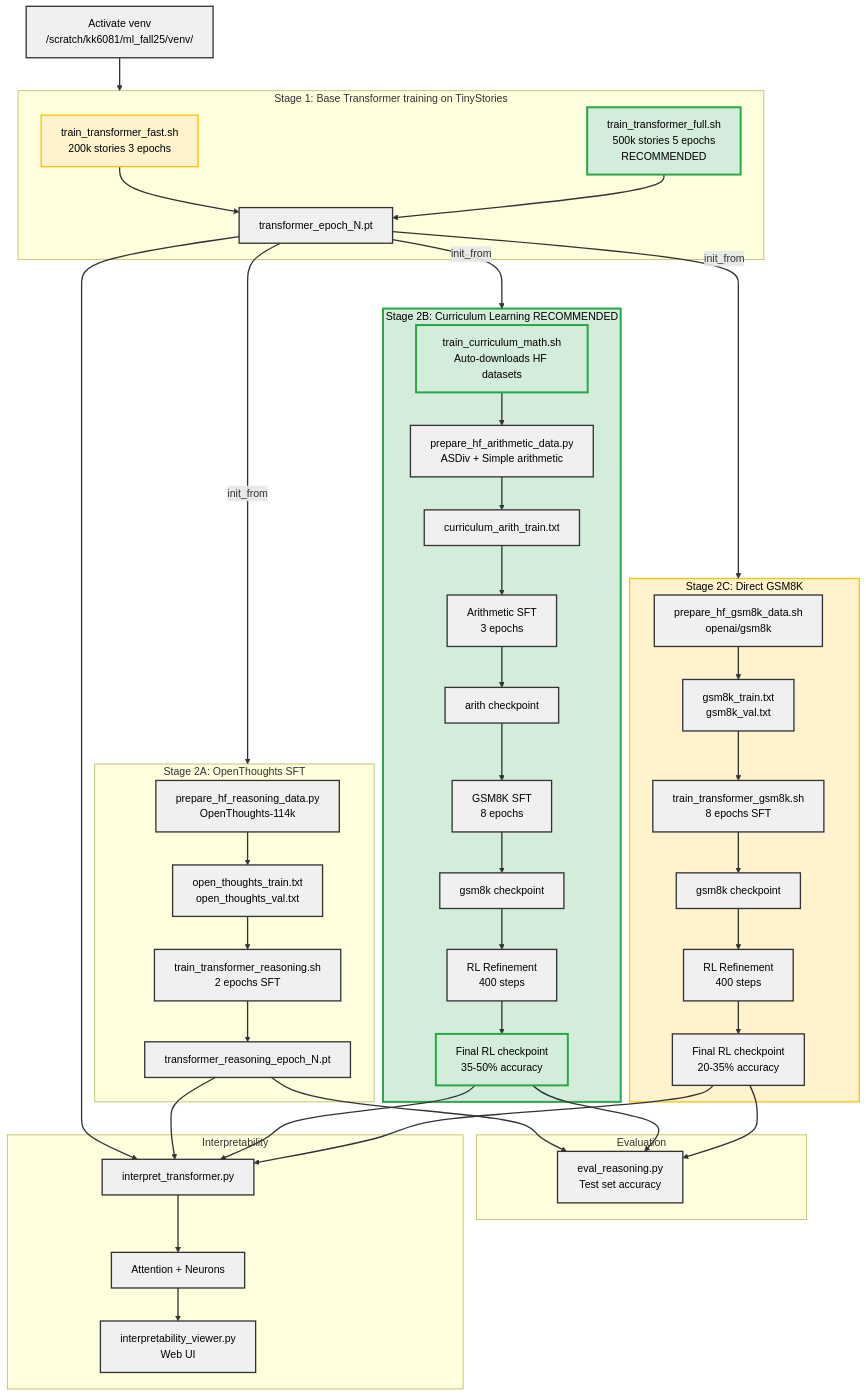
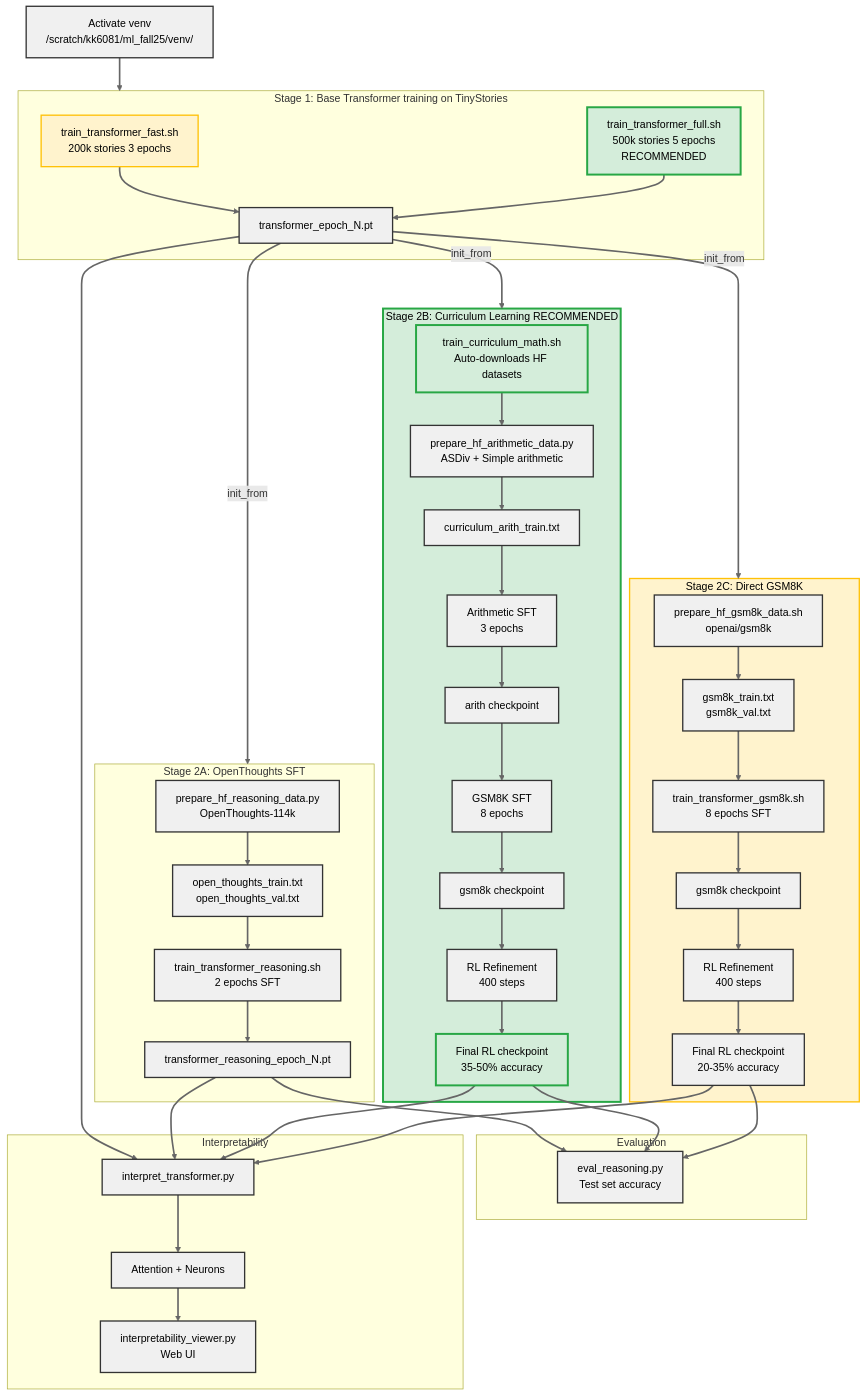
Before and after one commit to FruitPnchSamuraiG/pico-llm: the diagram in README.md, drawn with Mermaid.

````diff
--- a/README.md
+++ b/README.md
@@ -10,69 +10,69 @@
 ```mermaid
 flowchart TD
   VENV[Activate venv<br/>/scratch/kk6081/ml_fall25/venv/] --> BASE
 
   subgraph BASE["Stage 1: Base Transformer training on TinyStories"]
     TFAST[train_transformer_fast.sh<br/>200k stories 3 epochs]
     TFULL[train_transformer_full.sh<br/>500k stories 5 epochs<br/>RECOMMENDED]
     TFAST --> CKPT1[transformer_epoch_N.pt]
     TFULL --> CKPT1
   end
 
   CKPT1 -->|init_from| OT
   CKPT1 -->|init_from| CURR
   CKPT1 -->|init_from| GSM
 
   subgraph OT["Stage 2A: OpenThoughts SFT"]
     OTDATA[prepare_hf_reasoning_data.py<br/>OpenThoughts-114k] --> OTFILES[open_thoughts_train.txt<br/>open_thoughts_val.txt]
     OTFILES --> OTSFT[train_transformer_reasoning.sh<br/>2 epochs SFT]
     OTSFT --> OTCKPT[transformer_reasoning_epoch_N.pt]
   end
 
   subgraph CURR["Stage 2B: Curriculum Learning RECOMMENDED"]
     CURRSTART[train_curriculum_math.sh<br/>Auto-downloads HF datasets]
     CURRSTART --> ARITHDATA[prepare_hf_arithmetic_data.py<br/>ASDiv + Simple arithmetic]
     ARITHDATA --> ARITHFILES[curriculum_arith_train.txt]
     ARITHFILES --> ARITHSFT[Arithmetic SFT<br/>3 epochs]
     ARITHSFT --> ARITHCKPT[arith checkpoint]
     ARITHCKPT --> CURRGSM[GSM8K SFT<br/>8 epochs]
     CURRGSM --> CURRGSMCKPT[gsm8k checkpoint]
     CURRGSMCKPT --> CURRRL[RL Refinement<br/>400 steps]
     CURRRL --> CURRCKPT[Final RL checkpoint<br/>35-50% accuracy]
   end
 
   subgraph GSM["Stage 2C: Direct GSM8K"]
     GSM_PREP[prepare_hf_gsm8k_data.sh<br/>openai/gsm8k] --> GSMFILES[gsm8k_train.txt<br/>gsm8k_val.txt]
     GSMFILES --> GSMSFT[train_transformer_gsm8k.sh<br/>8 epochs SFT]
     GSMSFT --> GSMCKPT[gsm8k checkpoint]
     GSMCKPT --> GSMRL[RL Refinement<br/>400 steps]
     GSMRL --> RLCKPT[Final RL checkpoint<br/>20-35% accuracy]
   end
 
   subgraph EVAL["Evaluation"]
     E1[eval_reasoning.py<br/>Test set accuracy]
   end
 
   OTCKPT --> E1
   CURRCKPT --> E1
   RLCKPT --> E1
 
   subgraph INTERP["Interpretability"]
     IT[interpret_transformer.py]
     IT --> IOUT[Attention + Neurons]
     IOUT --> VIEW[interpretability_viewer.py<br/>Web UI]
   end
 
   CKPT1 --> IT
   OTCKPT --> IT
   CURRCKPT --> IT
   RLCKPT --> IT
 
   classDef recommended fill:#d4edda,stroke:#28a745,stroke-width:3px,color:#000
   classDef warning fill:#fff3cd,stroke:#ffc107,stroke-width:2px,color:#000
   classDef default fill:#f0f0f0,stroke:#333,stroke-width:2px,color:#000
   
   class CURR,TFULL,CURRSTART,CURRCKPT recommended
   class TFAST,GSM warning
   
-  linkStyle default stroke:#333,stroke-width:2px
+  linkStyle default stroke:#666,stroke-width:2.5px
 ```
````
